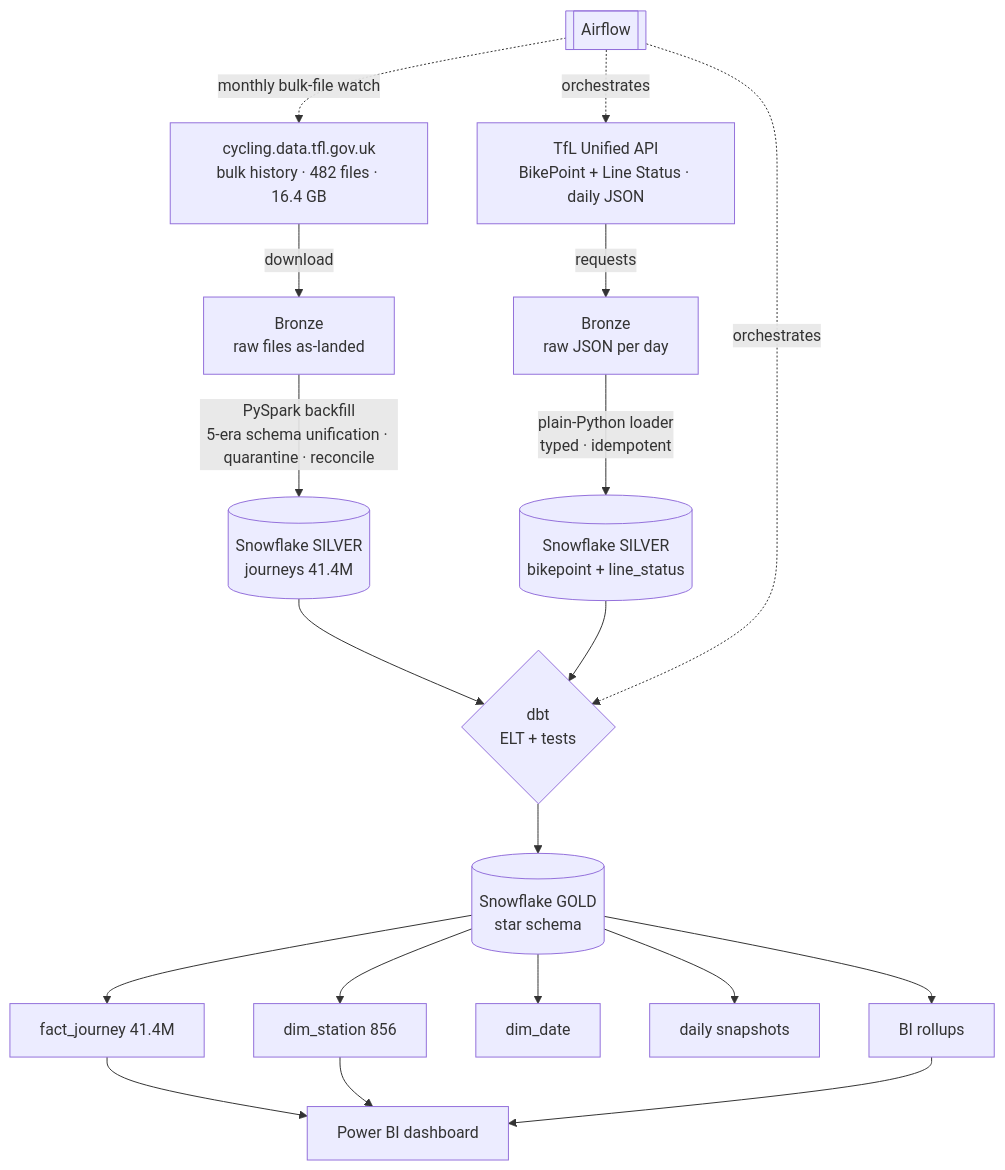
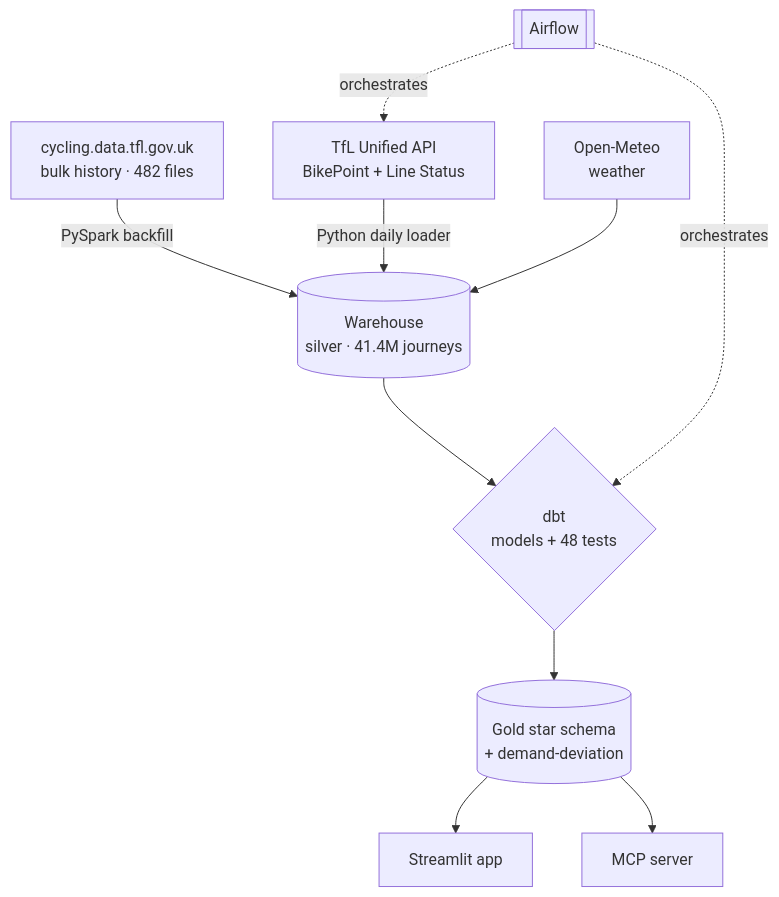
The diagram in README.md (rosscyking1115/tfl-data-engineering), drawn with Mermaid before and after one commit. The commit also changed other lines of this file, not shown here.

````diff
--- a/README.md
+++ b/README.md
@@ -45,26 +44,12 @@
 ```mermaid
 flowchart TD
-    A[cycling.data.tfl.gov.uk<br/>bulk history · 482 files · 16.4 GB] -->|download| B[Bronze<br/>raw files as-landed]
-    API[TfL Unified API<br/>BikePoint + Line Status · daily JSON] -->|requests| BJ[Bronze<br/>raw JSON per day]
-
-    B -->|PySpark backfill<br/>5-era schema unification · quarantine · reconcile| S[(Snowflake SILVER<br/>journeys 41.4M)]
-    BJ -->|plain-Python loader<br/>typed · idempotent| S2[(Snowflake SILVER<br/>bikepoint + line_status)]
-
-    S --> D{dbt<br/>ELT + tests}
-    S2 --> D
-    D --> G[(Snowflake GOLD<br/>star schema)]
-
-    G --> F[fact_journey 41.4M]
-    G --> DS[dim_station 856]
-    G --> DD[dim_date]
-    G --> SN[daily snapshots]
-    G --> RU[BI rollups]
-
-    F --> PBI[Power BI dashboard]
-    DS --> PBI
-    RU --> PBI
-
+    A[cycling.data.tfl.gov.uk<br/>bulk history · 482 files] -->|PySpark backfill| S[(Warehouse<br/>silver · 41.4M journeys)]
+    API[TfL Unified API<br/>BikePoint + Line Status] -->|Python daily loader| S
+    W[Open-Meteo<br/>weather] --> S
+    S --> D{dbt<br/>models + 48 tests}
+    D --> G[(Gold star schema<br/>+ demand-deviation)]
+    G --> APP[Streamlit app]
+    G --> MCP[MCP server]
     AF[[Airflow]] -.orchestrates.-> API
     AF -.orchestrates.-> D
-    AF -.monthly bulk-file watch.-> A
 ```
````
